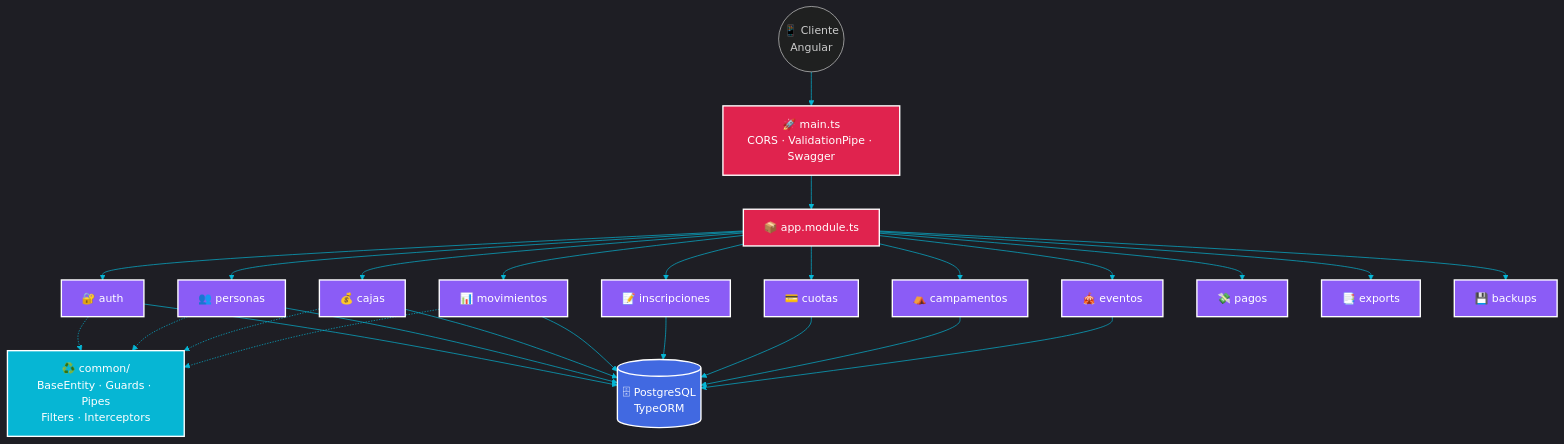
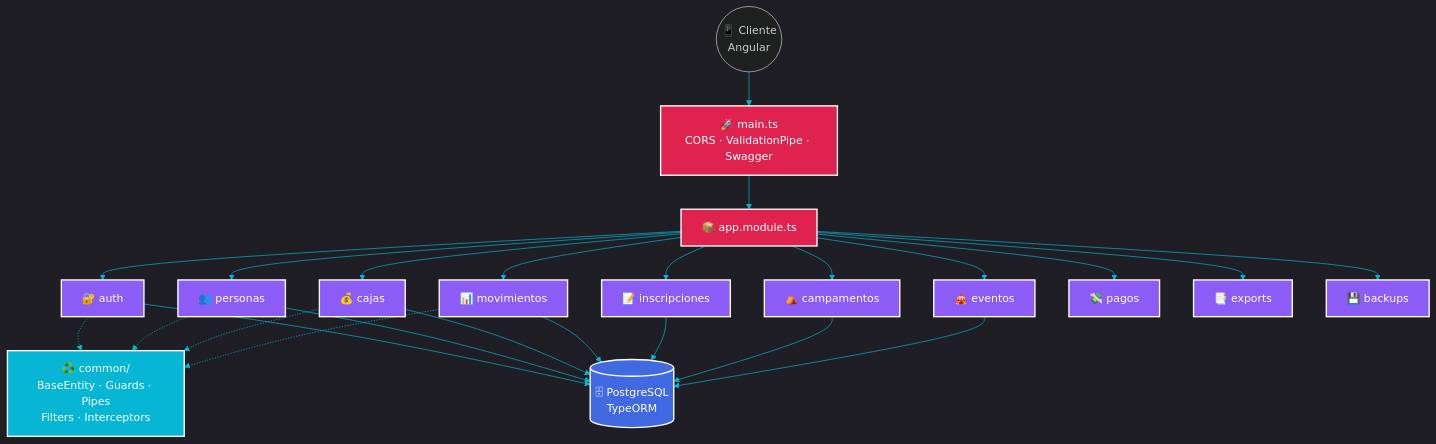
Before and after one commit to MartinOfi/scout-back: the first of 2 diagrams in README.md, drawn with Mermaid. The commit also changed other lines of this file and 2 other files, not shown here.

Commit message:
docs: quitar el módulo Cuotas del README, CLAUDE.MD y la guía de movimientos

````diff
--- a/README.md
+++ b/README.md
@@ -143,37 +142,35 @@
 ```mermaid
 %%{init: {'theme':'dark', 'themeVariables': { 'primaryColor':'#E0234E', 'primaryTextColor':'#fff', 'lineColor':'#06B6D4', 'secondaryColor':'#1e293b', 'tertiaryColor':'#0f172a'}}}%%
 graph TB
     classDef entry fill:#E0234E,stroke:#fff,color:#fff,stroke-width:2px
     classDef module fill:#8B5CF6,stroke:#fff,color:#fff,stroke-width:2px
     classDef common fill:#06B6D4,stroke:#fff,color:#fff,stroke-width:2px
     classDef db fill:#4169E1,stroke:#fff,color:#fff,stroke-width:2px
 
     Client((📱 Cliente<br/>Angular)) --> Main[🚀 main.ts<br/>CORS · ValidationPipe · Swagger]:::entry
     Main --> App[📦 app.module.ts]:::entry
 
     App --> Auth[🔐 auth]:::module
     App --> Personas[👥 personas]:::module
     App --> Cajas[💰 cajas]:::module
     App --> Movimientos[📊 movimientos]:::module
     App --> Inscripciones[📝 inscripciones]:::module
-    App --> Cuotas[💳 cuotas]:::module
     App --> Campamentos[⛺ campamentos]:::module
     App --> Eventos[🎪 eventos]:::module
     App --> Pagos[💸 pagos]:::module
     App --> Exports[📑 exports]:::module
     App --> Backups[💾 backups]:::module
 
     Auth -.-> Common[♻️ common/<br/>BaseEntity · Guards · Pipes<br/>Filters · Interceptors]:::common
     Personas -.-> Common
     Cajas -.-> Common
     Movimientos -.-> Common
 
     Auth --> DB[(🗄 PostgreSQL<br/>TypeORM)]:::db
     Personas --> DB
     Cajas --> DB
     Movimientos --> DB
     Inscripciones --> DB
-    Cuotas --> DB
     Campamentos --> DB
     Eventos --> DB
 ```
````
